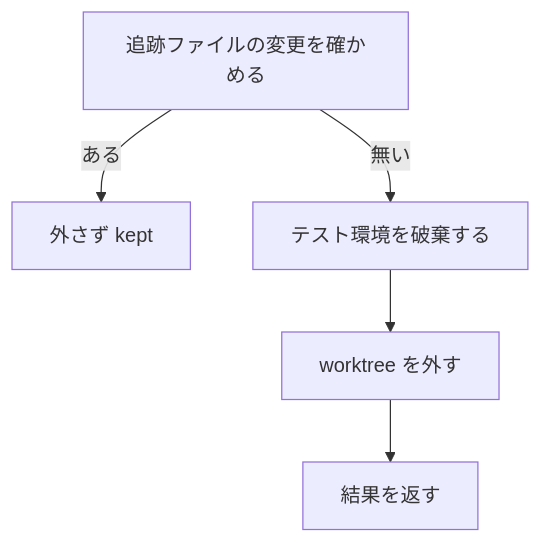
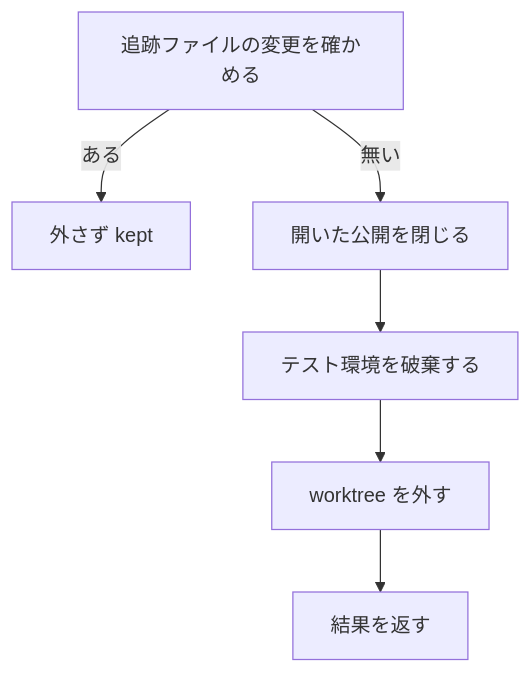
The sixth of 6 diagrams in issues/issue-2567-design.md (devbasex/ai-plugins), drawn with Mermaid before and after one commit. The commit also changed other lines of this file, not shown here.

````diff
--- a/issues/issue-2567-design.md
+++ b/issues/issue-2567-design.md
@@ -357,7 +379,8 @@
 ```mermaid
 graph TD
     A[追跡ファイルの変更を確かめる] -->|ある| K[外さず kept]
-    A -->|無い| B[テスト環境を破棄する]
+    A -->|無い| P[開いた公開を閉じる]
+    P --> B[テスト環境を破棄する]
     B --> C[worktree を外す]
     C --> D[結果を返す]
 ```
````
